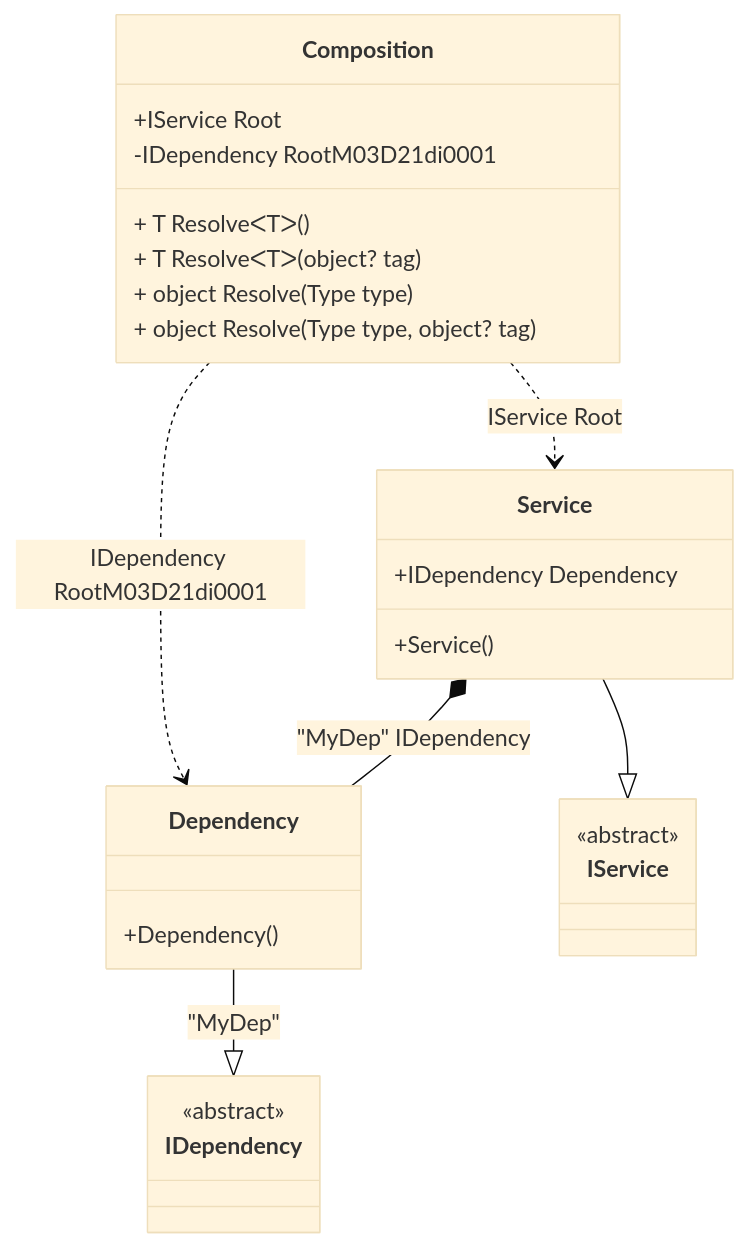
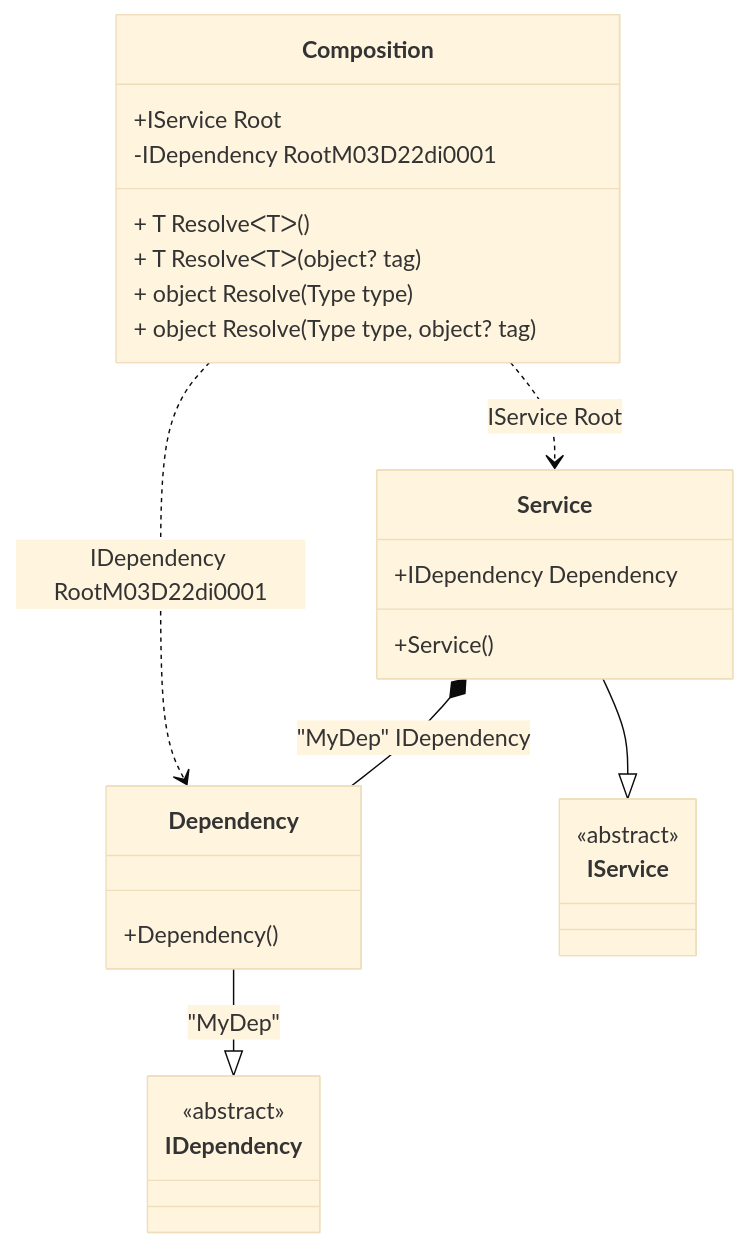
The diagram in readme/check-for-a-root.md (DevTeam/Pure.DI), drawn with Mermaid (base theme) before and after one commit. The commit also changed other lines of this file and 78 other files, not shown here.

````diff
--- a/readme/check-for-a-root.md
+++ b/readme/check-for-a-root.md
@@ -63,29 +63,29 @@
 ```mermaid
 classDiagram
   class Composition {
     +IService Root
-    -IDependency RootM03D21di0001
+    -IDependency RootM03D22di0001
     + T ResolveᐸTᐳ()
     + T ResolveᐸTᐳ(object? tag)
     + object Resolve(Type type)
     + object Resolve(Type type, object? tag)
   }
   Dependency --|> IDependency : "MyDep" 
   class Dependency {
     +Dependency()
   }
   Service --|> IService : 
   class Service {
     +Service()
     +IDependency Dependency
   }
   class IDependency {
     <<abstract>>
   }
   class IService {
     <<abstract>>
   }
   Service *--  Dependency : "MyDep"  IDependency
-  Composition ..> Dependency : IDependency RootM03D21di0001
+  Composition ..> Dependency : IDependency RootM03D22di0001
   Composition ..> Service : IService Root
 ```
````
